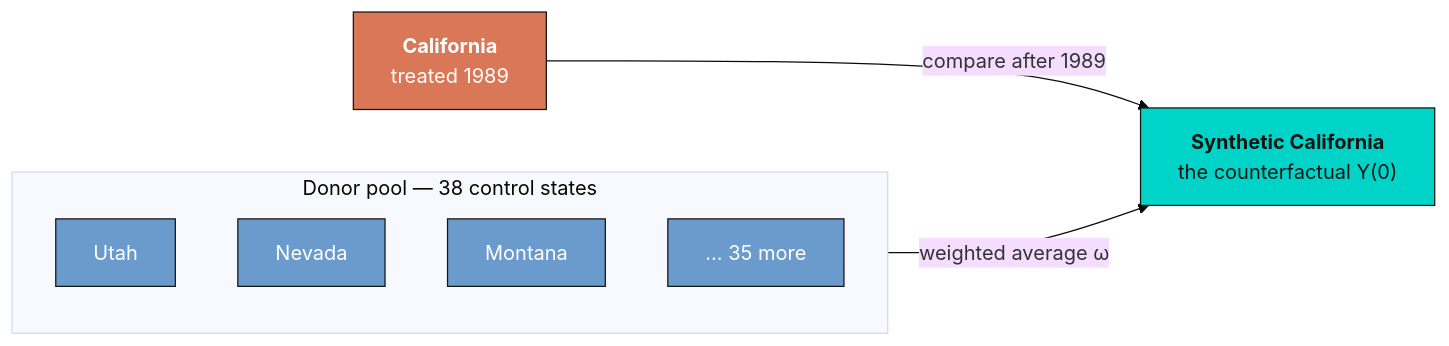
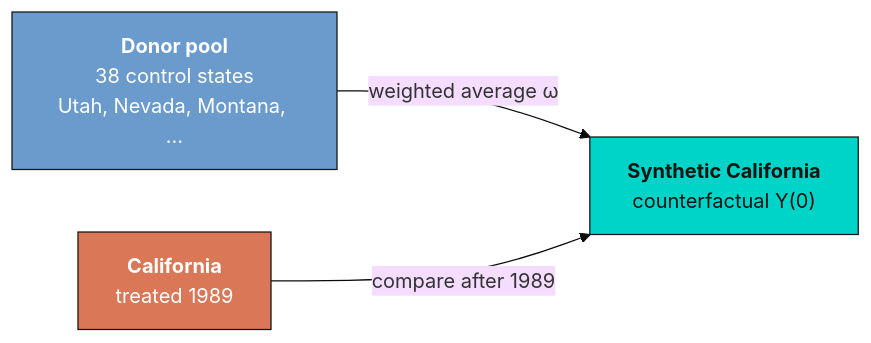
The first of 3 diagrams in content/post/stata_sdid/index.md (cmg777/starter-academic-v501), drawn with Mermaid (base theme) before and after one commit.

Commit message:
fix(stata_sdid): render donor-pool Mermaid diagram on the site's Mermaid 8.8.4
The §2 diagram drew an edge from a subgraph (POOL -->|...| SYN). That crashes
the dagre layout in Mermaid 8.8.4 — the version the Wowchemy theme loads from
cdnjs — with "Cannot set properties of undefined (setting 'rank')", so the
graph rendered blank. Replaced the subgraph with a plain node (no edge from a
cluster); verified by rendering against real Mermaid 8.8.4 in a headless
browser. The other two diagrams use only pre-8.8.4 features and were unaffected.

````diff
--- a/content/post/stata_sdid/index.md
+++ b/content/post/stata_sdid/index.md
@@ -151,15 +151,11 @@
 ```mermaid
 graph LR
-    subgraph POOL["Donor pool — 38 control states"]
-      C1["Utah"]:::c
-      C2["Nevada"]:::c
-      C3["Montana"]:::c
-      C4["… 35 more"]:::c
-    end
-    CA["<b>California</b><br/>treated 1989"]:::t
-    POOL -->|"weighted average ω"| SYN["<b>Synthetic California</b><br/>the counterfactual Y(0)"]:::s
-    CA -->|"compare after 1989"| SYN
-    classDef t fill:#d97757,stroke:#141413,color:#fff;
-    classDef c fill:#6a9bcc,stroke:#141413,color:#fff;
-    classDef s fill:#00d4c8,stroke:#141413,color:#141413;
+    POOL["<b>Donor pool</b><br/>38 control states<br/>Utah, Nevada, Montana, …"]
+    CA["<b>California</b><br/>treated 1989"]
+    SYN["<b>Synthetic California</b><br/>counterfactual Y(0)"]
+    POOL -->|weighted average ω| SYN
+    CA -->|compare after 1989| SYN
+    style POOL fill:#6a9bcc,stroke:#141413,color:#fff
+    style CA fill:#d97757,stroke:#141413,color:#fff
+    style SYN fill:#00d4c8,stroke:#141413,color:#141413
 ```
````
